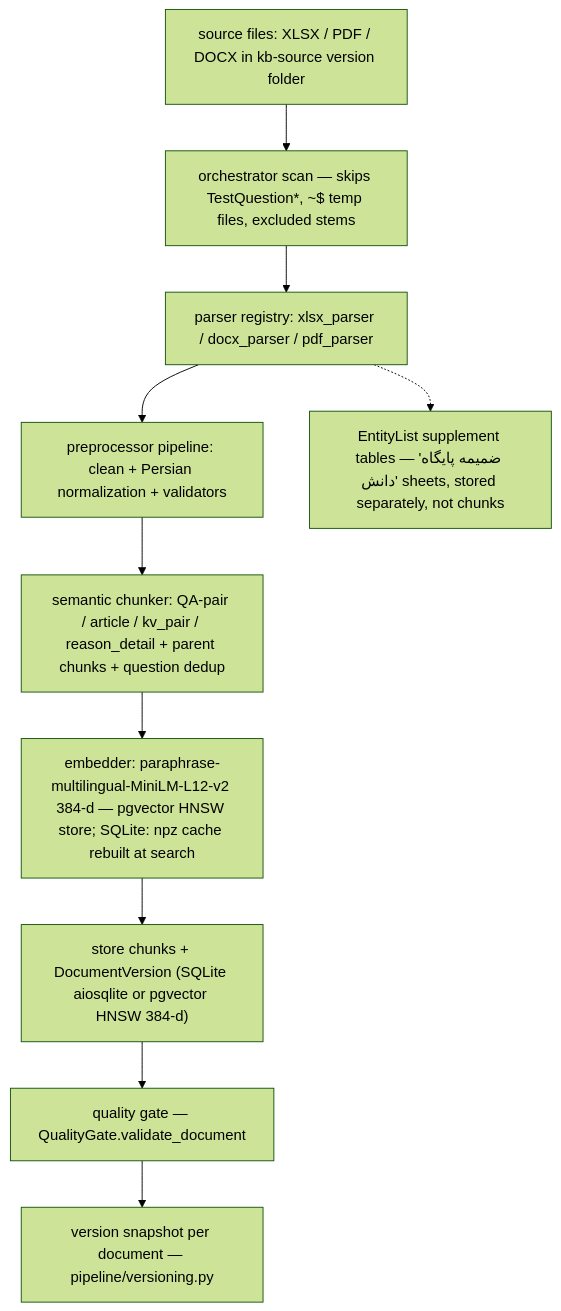
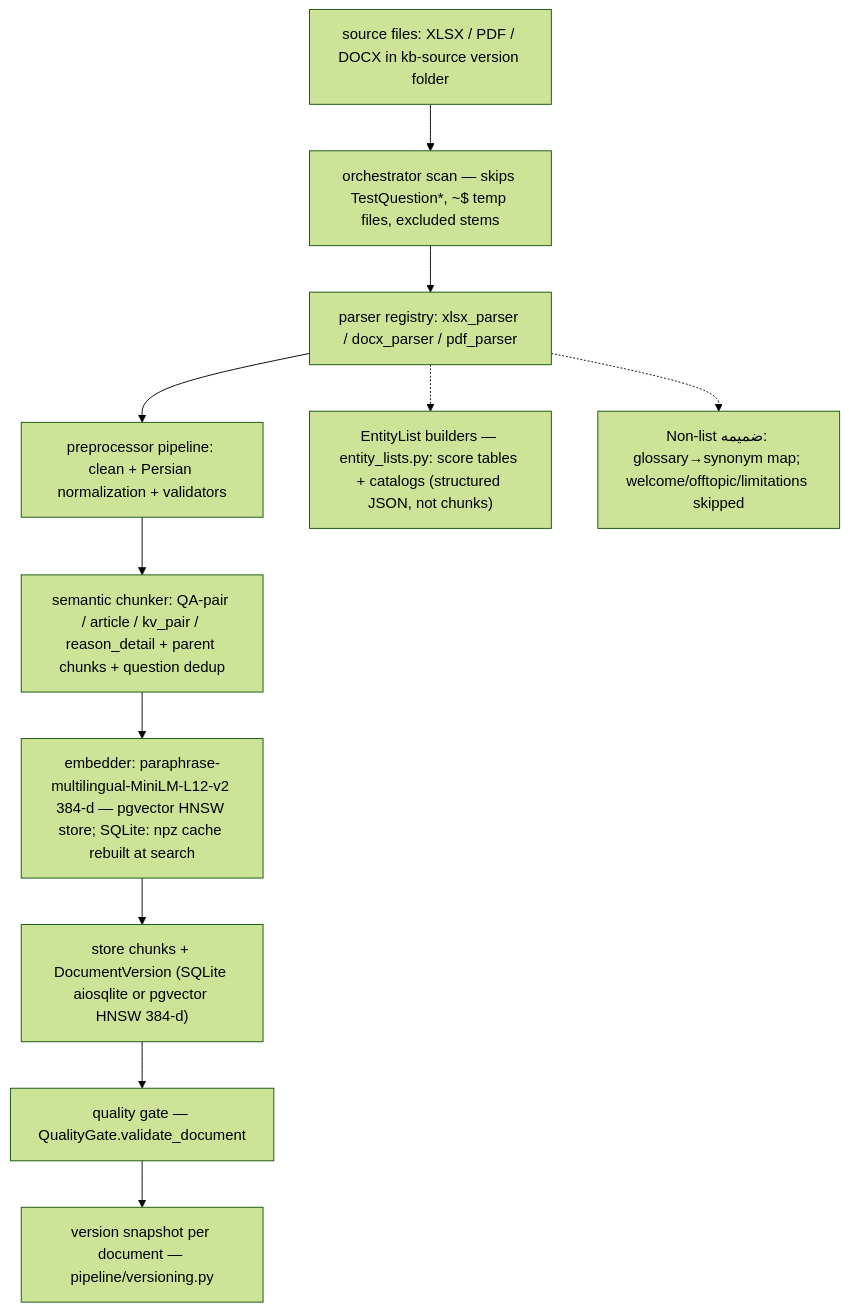
One commit to AliNikkhah2001/Work_RAG-KB changed the first of 4 diagrams in README.md. Above: the diagram before and after it, drawn with Mermaid (forest theme). The commit also changed other lines of this file and 4 other files, not shown here.

First line of the commit message:
feat: structured EntityLists for score tables and ضمیمه catalogs

````diff
--- a/README.md
+++ b/README.md
@@ -92,16 +92,18 @@
 ```mermaid
 flowchart TB
     SRC["source files: XLSX / PDF / DOCX in kb-source version folder"]
     SCAN["orchestrator scan — skips TestQuestion*, ~$ temp files, excluded stems"]
     PARSE["parser registry: xlsx_parser / docx_parser / pdf_parser"]
     PREP["preprocessor pipeline: clean + Persian normalization + validators"]
     CHUNK["semantic chunker: QA-pair / article / kv_pair / reason_detail + parent chunks + question dedup"]
     EMBED["embedder: paraphrase-multilingual-MiniLM-L12-v2 384-d — pgvector HNSW store; SQLite: npz cache rebuilt at search"]
     STORE["store chunks + DocumentVersion (SQLite aiosqlite or pgvector HNSW 384-d)"]
     QUAL["quality gate — QualityGate.validate_document"]
     VER["version snapshot per document — pipeline/versioning.py"]
-    ENT["EntityList supplement tables — 'ضمیمه پایگاه دانش' sheets, stored separately, not chunks"]
+    ENT["EntityList builders — entity_lists.py: score tables + catalogs (structured JSON, not chunks)"]
+    SKIP["Non-list ضمیمه: glossary→synonym map; welcome/offtopic/limitations skipped"]
 
     SRC --> SCAN --> PARSE --> PREP --> CHUNK --> EMBED --> STORE --> QUAL --> VER
     PARSE -.-> ENT
+    PARSE -.-> SKIP
 ```
````
